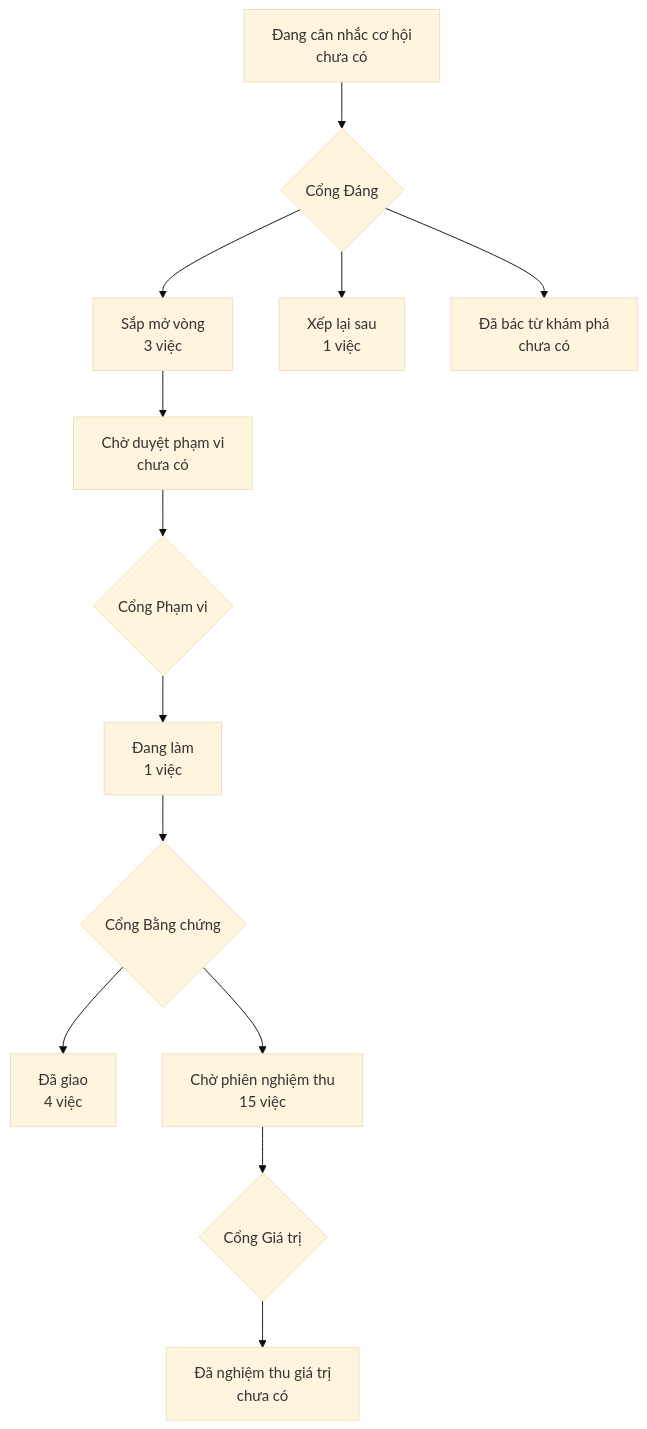
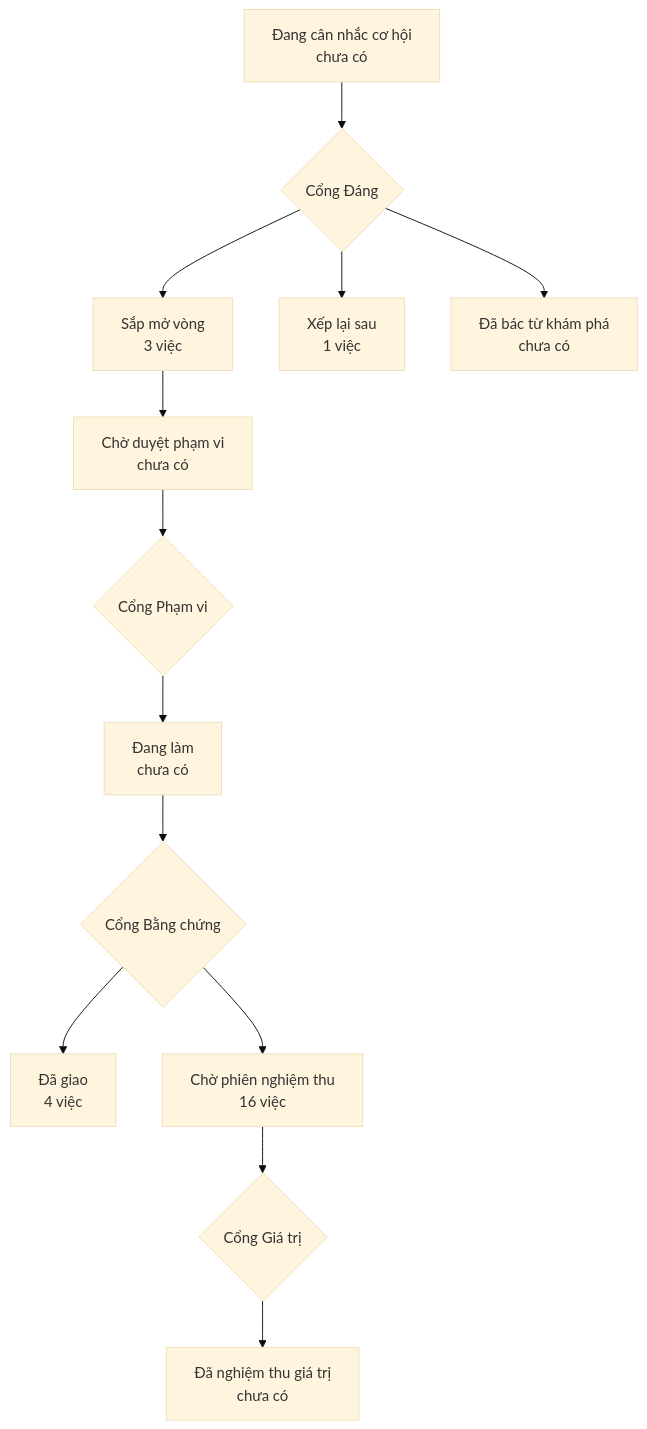
One commit to phanlemanh/onehub-quy-hang changed the diagram in PRODUCT-MAP.md. Above: the diagram before and after it, drawn with Mermaid (base theme). The commit also changed other lines of this file and 22 other files, not shown here.

Commit message:
chore(vong-giao-dien-qua-ban-do): bằng chứng S4 vòng 1 — PASS, máy thông

````diff
--- a/PRODUCT-MAP.md
+++ b/PRODUCT-MAP.md
@@ -7,12 +7,12 @@
 ```mermaid
 flowchart TD
   A["Đang cân nhắc cơ hội<br/>chưa có"] --> GD{"Cổng Đáng"}
   GD --> B["Sắp mở vòng<br/>3 việc"]
   GD --> XL["Xếp lại sau<br/>1 việc"]
   GD --> DB["Đã bác từ khám phá<br/>chưa có"]
   B --> CD["Chờ duyệt phạm vi<br/>chưa có"] --> GP{"Cổng Phạm vi"}
-  GP --> DL["Đang làm<br/>1 việc"] --> GB{"Cổng Bằng chứng"}
+  GP --> DL["Đang làm<br/>chưa có"] --> GB{"Cổng Bằng chứng"}
   GB --> DG["Đã giao<br/>4 việc"]
-  GB --> CN["Chờ phiên nghiệm thu<br/>15 việc"] --> GG{"Cổng Giá trị"}
+  GB --> CN["Chờ phiên nghiệm thu<br/>16 việc"] --> GG{"Cổng Giá trị"}
   GG --> NT["Đã nghiệm thu giá trị<br/>chưa có"]
 ```
````
